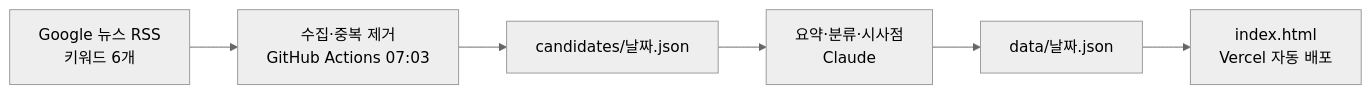
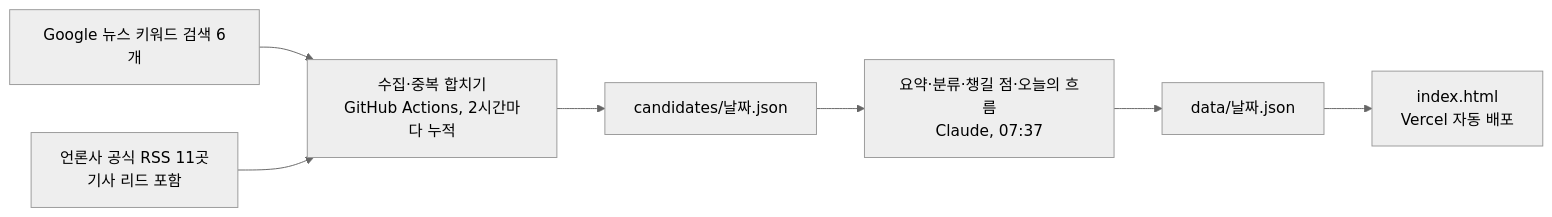
The diagram in README.md (Devloperluce/SidePJT), drawn with Mermaid (neutral theme) before and after one commit. The commit also changed other lines of this file and 8 other files, not shown here.

First line of the commit message:
뉴스레터형으로 개편: 언론사 RSS 추가, 2시간마다 누적 수집, 오늘의 흐름

````diff
--- a/README.md
+++ b/README.md
@@ -20,8 +20,9 @@
 ```mermaid
 flowchart LR
-  A[Google 뉴스 RSS<br/>키워드 6개] --> B[수집·중복 제거<br/>GitHub Actions 07:03]
-  B --> C[candidates/날짜.json]
-  C --> D[요약·분류·시사점<br/>Claude]
-  D --> E[data/날짜.json]
-  E --> F[index.html<br/>Vercel 자동 배포]
+  A[Google 뉴스 키워드 검색 6개] --> C
+  B[언론사 공식 RSS 11곳<br/>기사 리드 포함] --> C
+  C[수집·중복 합치기<br/>GitHub Actions, 2시간마다 누적] --> D[candidates/날짜.json]
+  D --> E[요약·분류·챙길 점·오늘의 흐름<br/>Claude, 07:37]
+  E --> F[data/날짜.json]
+  F --> G[index.html<br/>Vercel 자동 배포]
 ```
````
